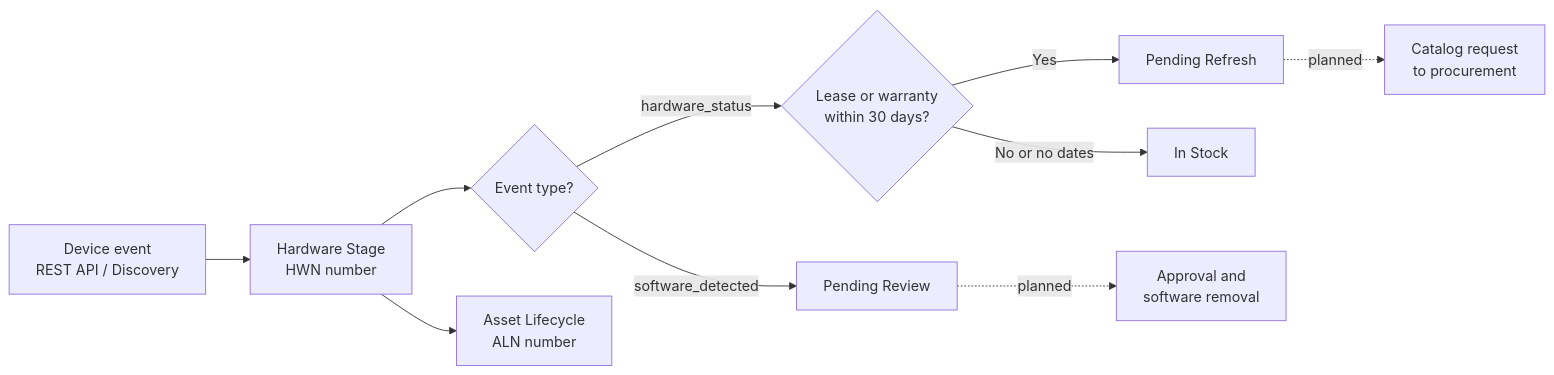
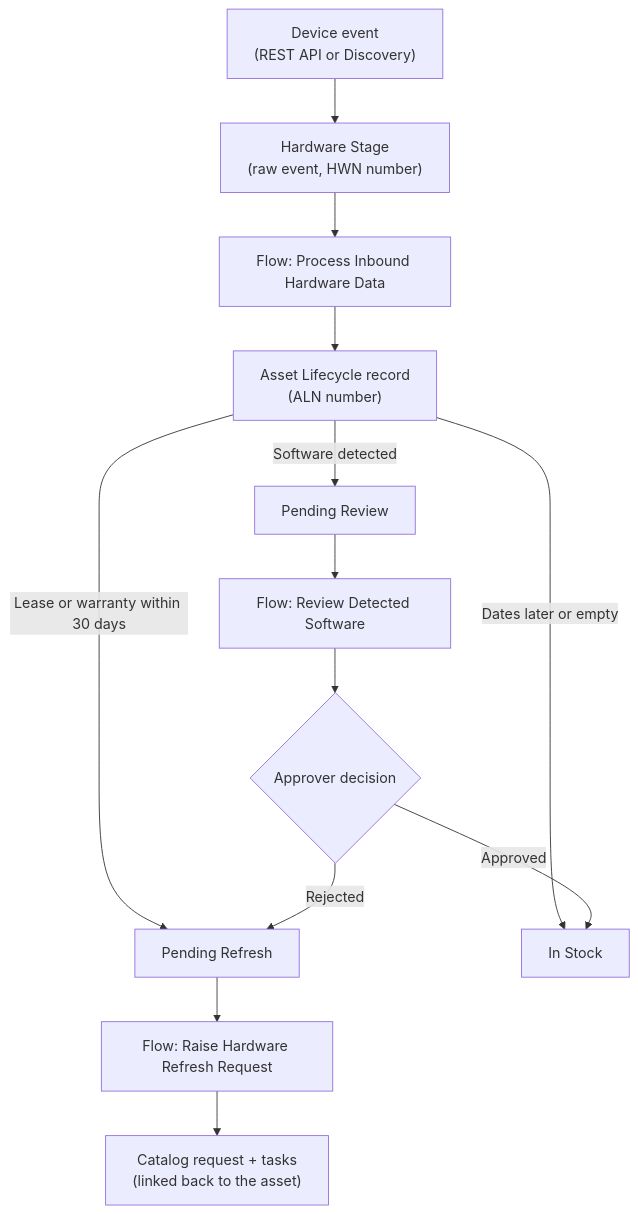
One commit to Yaaseen1/ServiceNow-Projects changed the diagram in Automated-Asset-Lifecycle-Engine-(AALE)/README.md. Above: the diagram before and after it, drawn with Mermaid. The commit also changed other lines of this file, not shown here.

````diff
--- a/Automated-Asset-Lifecycle-Engine-(AALE)/README.md
+++ b/Automated-Asset-Lifecycle-Engine-(AALE)/README.md
@@ -38,12 +36,15 @@
 ```mermaid
-flowchart LR
-    A[Device event<br/>REST API / Discovery] --> B[Hardware Stage<br/>HWN number]
-    B --> C{Event type?}
-    C -->|software_detected| D[Pending Review]
-    C -->|hardware_status| E{Lease or warranty<br/>within 30 days?}
-    E -->|Yes| F[Pending Refresh]
-    E -->|No or no dates| G[In Stock]
-    B --> H[Asset Lifecycle<br/>ALN number]
-    F -.->|planned| I[Catalog request<br/>to procurement]
-    D -.->|planned| J[Approval and<br/>software removal]
+flowchart TD
+    A["Device event<br/>(REST API or Discovery)"] --> B["Hardware Stage<br/>(raw event, HWN number)"]
+    B --> C["Flow: Process Inbound Hardware Data"]
+    C --> D["Asset Lifecycle record<br/>(ALN number)"]
+    D -->|"Lease or warranty within 30 days"| E["Pending Refresh"]
+    D -->|"Dates later or empty"| F["In Stock"]
+    D -->|"Software detected"| G["Pending Review"]
+    E --> H["Flow: Raise Hardware Refresh Request"]
+    H --> I["Catalog request + tasks<br/>(linked back to the asset)"]
+    G --> J["Flow: Review Detected Software"]
+    J --> K{"Approver decision"}
+    K -->|"Approved"| F
+    K -->|"Rejected"| E
 ```
````
